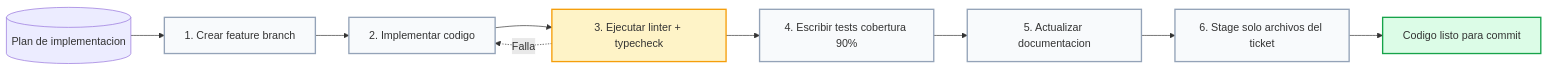
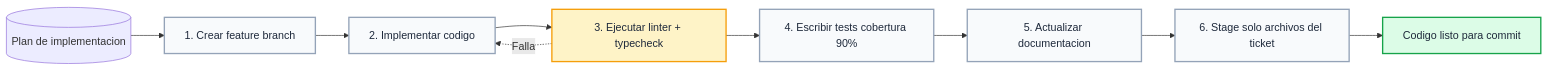
The ninth of 12 diagrams in Information/spec-driven-workflow.md (syntaxiscorp/syntaxis-ai-specs), drawn with Mermaid before and after one commit. The commit also changed other lines of this file, not shown here.

````diff
--- a/Information/spec-driven-workflow.md
+++ b/Information/spec-driven-workflow.md
@@ -357,21 +357,21 @@
 ```mermaid
 flowchart LR
-    classDef step fill:#f8fafc,stroke:#94a3b8,stroke-width:2px
-    classDef result fill:#dcfce7,stroke:#16a34a,stroke-width:2px
-    classDef check fill:#fef3c7,stroke:#f59e0b,stroke-width:2px
+    classDef step fill:#f8fafc,stroke:#94a3b8,stroke-width:2px,color:#1e293b
+    classDef result fill:#dcfce7,stroke:#16a34a,stroke-width:2px,color:#1e293b
+    classDef check fill:#fef3c7,stroke:#f59e0b,stroke-width:2px,color:#1e293b
 
     PLAN[("Plan de implementacion")]
 
     A[1. Crear feature branch]:::step
     B[2. Implementar codigo]:::step
     C[3. Ejecutar linter + typecheck]:::check
     D[4. Escribir tests cobertura 90%]:::step
     E[5. Actualizar documentacion]:::step
     F[6. Stage solo archivos del ticket]:::step
 
     DONE["Codigo listo para commit"]:::result
 
     PLAN --> A --> B --> C
     C -.->|Falla| B
     C --> D --> E --> F --> DONE
 ```
````
